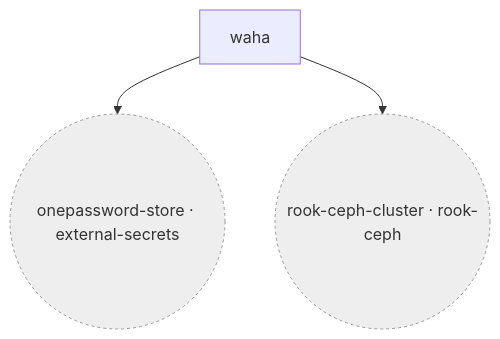
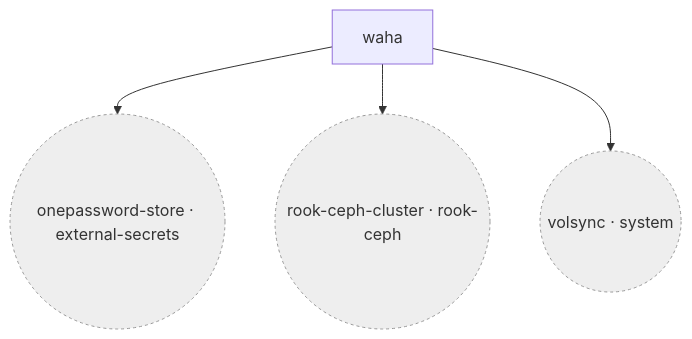
The third of 17 diagrams in docs/CLUSTER.md (qnimbus/home-lab), drawn with Mermaid before and after one commit. The commit also changed other lines of this file and 1 other file, not shown here.

Commit message:
feat(volsync): finalize waha PVC backup

````diff
--- a/docs/CLUSTER.md
+++ b/docs/CLUSTER.md
@@ -854,9 +895,11 @@
 ```mermaid
 flowchart TD
   flux_system_waha["waha"]
   flux_system_onepassword_store(("onepassword-store · external-secrets")):::external
   flux_system_rook_ceph_cluster(("rook-ceph-cluster · rook-ceph")):::external
+  flux_system_volsync(("volsync · system")):::external
   flux_system_waha --> flux_system_onepassword_store
   flux_system_waha --> flux_system_rook_ceph_cluster
+  flux_system_waha --> flux_system_volsync
   classDef external fill:#eee,stroke:#999,stroke-dasharray: 3 3
 ```
````
